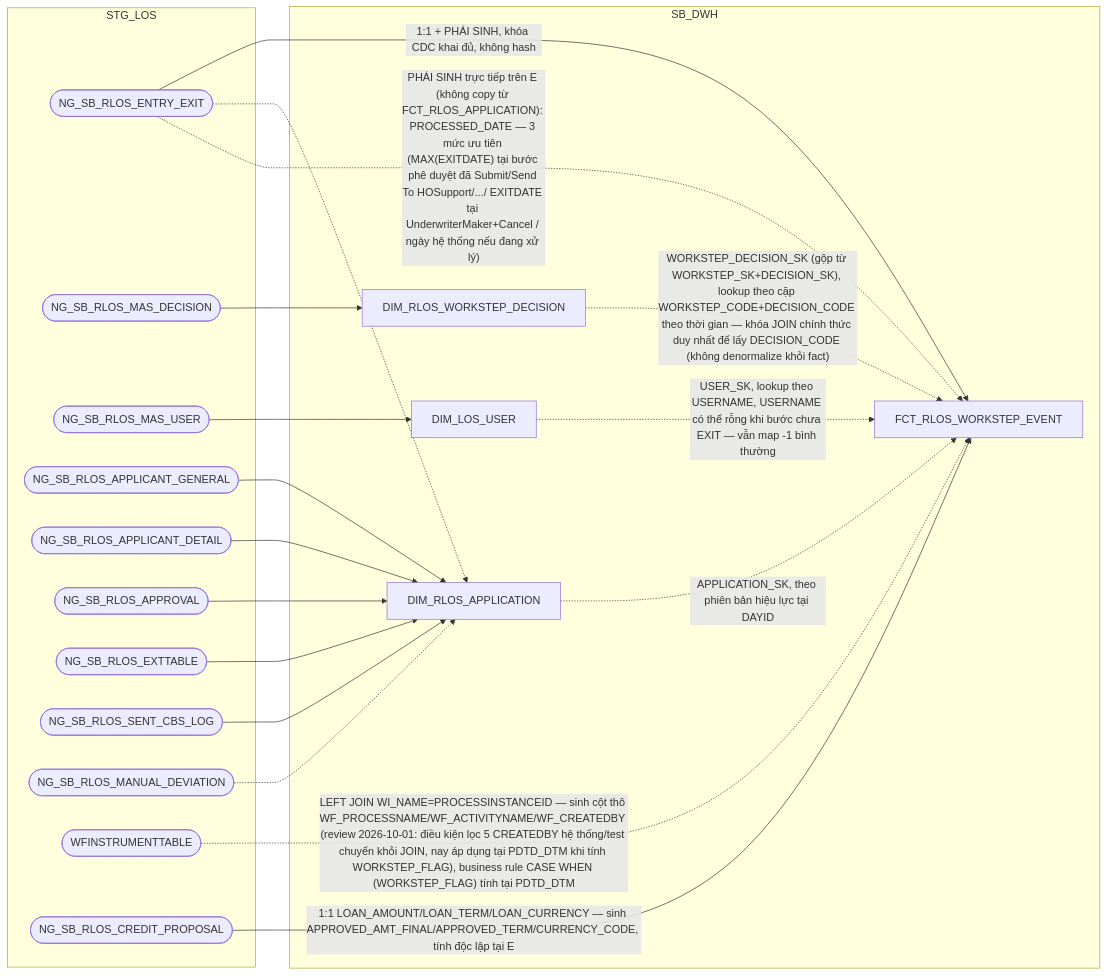
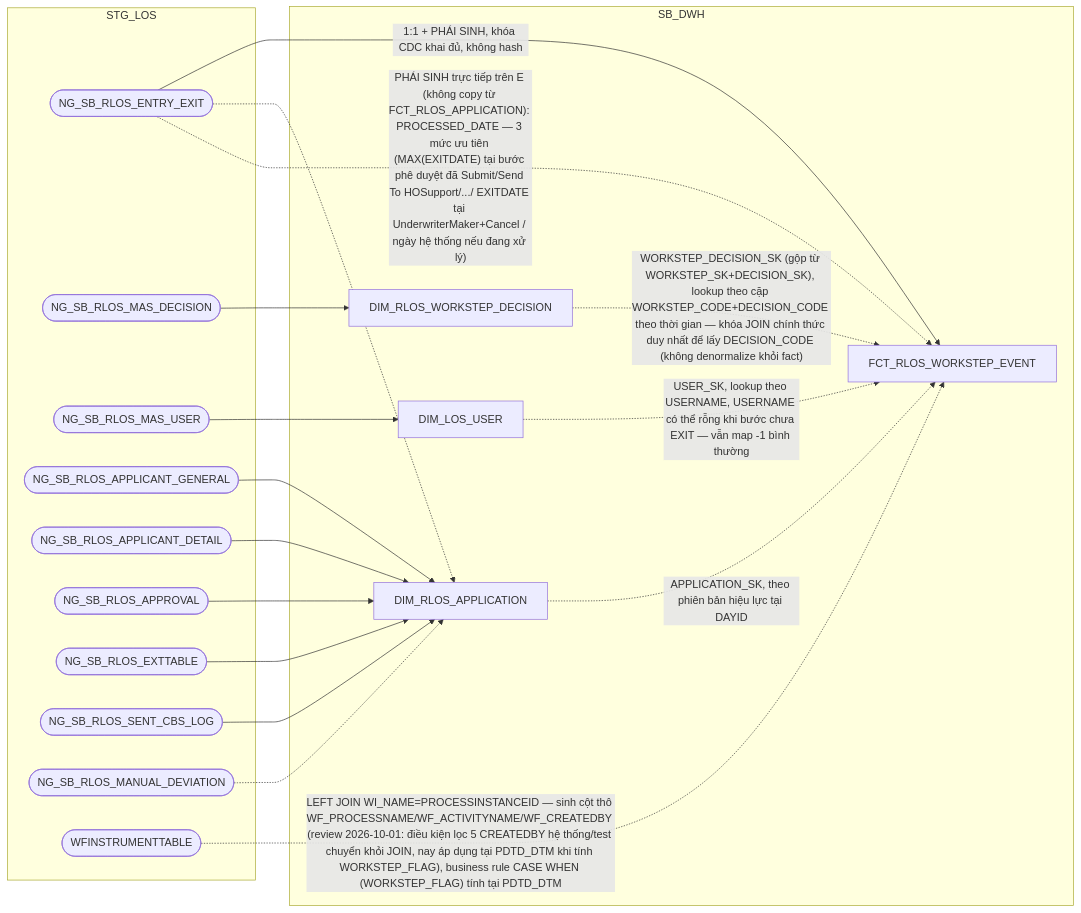
One commit to chien1198/sb-mapping-gen changed diagram 12 of 14 in hld/hld_review/HLD_FCT_SB_DWH_review.md. Above: the diagram before and after it, drawn with Mermaid. The commit also changed other lines of this file and 36 other files, not shown here.

````diff
--- a/hld/hld_review/HLD_FCT_SB_DWH_review.md
+++ b/hld/hld_review/HLD_FCT_SB_DWH_review.md
@@ -882,38 +889,36 @@
 ```mermaid
 flowchart LR
     subgraph STG_LOS
         B(["NG_SB_RLOS_ENTRY_EXIT"])
         MW(["NG_SB_RLOS_MAS_DECISION"])
         U(["NG_SB_RLOS_MAS_USER"])
         P1(["NG_SB_RLOS_APPLICANT_GENERAL"])
         P2(["NG_SB_RLOS_APPLICANT_DETAIL"])
         P3(["NG_SB_RLOS_APPROVAL"])
         P4(["NG_SB_RLOS_EXTTABLE"])
         P5(["NG_SB_RLOS_SENT_CBS_LOG"])
         P7(["NG_SB_RLOS_MANUAL_DEVIATION"])
         WF(["WFINSTRUMENTTABLE"])
-        CR(["NG_SB_RLOS_CREDIT_PROPOSAL"])
     end
     subgraph SB_DWH
         WD["DIM_RLOS_WORKSTEP_DECISION"]
         US["DIM_LOS_USER"]
         AP["DIM_RLOS_APPLICATION"]
         E["FCT_RLOS_WORKSTEP_EVENT"]
     end
     B -->|1:1 + PHÁI SINH, khóa CDC khai đủ, không hash| E
     WD -.->|"WORKSTEP_DECISION_SK (gộp từ WORKSTEP_SK+DECISION_SK), lookup theo cặp WORKSTEP_CODE+DECISION_CODE theo thời gian — khóa JOIN chính thức duy nhất để lấy DECISION_CODE (không denormalize khỏi fact)"| E
     US -.->|USER_SK, lookup theo USERNAME, USERNAME có thể rỗng khi bước chưa EXIT — vẫn map -1 bình thường| E
     AP -.->|APPLICATION_SK, theo phiên bản hiệu lực tại DAYID| E
     MW --> WD
     U --> US
     P1 --> AP
     P2 --> AP
     P3 --> AP
     P4 --> AP
     P5 --> AP
     B -.-> AP
     P7 -.-> AP
     B -.->|"PHÁI SINH trực tiếp trên E (không copy từ FCT_RLOS_APPLICATION): PROCESSED_DATE — 3 mức ưu tiên (MAX(EXITDATE) tại bước phê duyệt đã Submit/Send To HOSupport/.../ EXITDATE tại UnderwriterMaker+Cancel / ngày hệ thống nếu đang xử lý)"| E
     WF -.->|"LEFT JOIN WI_NAME=PROCESSINSTANCEID — sinh cột thô WF_PROCESSNAME/WF_ACTIVITYNAME/WF_CREATEDBY (review 2026-10-01: điều kiện lọc 5 CREATEDBY hệ thống/test chuyển khỏi JOIN, nay áp dụng tại PDTD_DTM khi tính WORKSTEP_FLAG), business rule CASE WHEN (WORKSTEP_FLAG) tính tại PDTD_DTM"| E
-    CR -->|"1:1 LOAN_AMOUNT/LOAN_TERM/LOAN_CURRENCY — sinh APPROVED_AMT_FINAL/APPROVED_TERM/CURRENCY_CODE, tính độc lập tại E"| E
 ```
````
